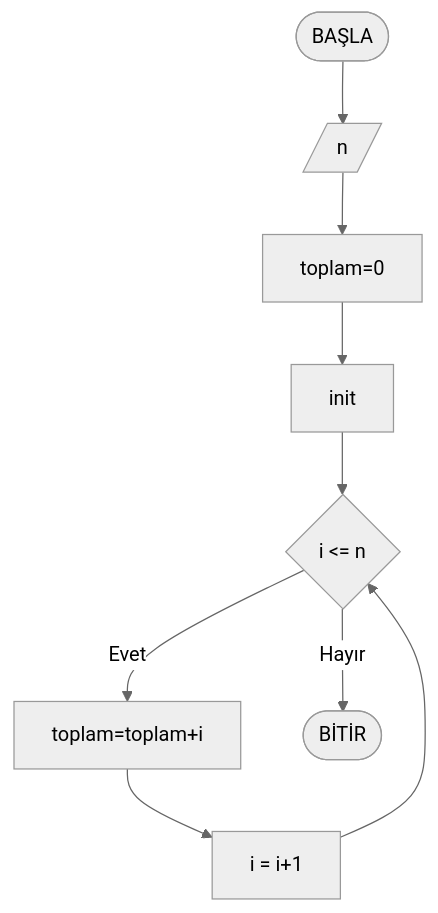
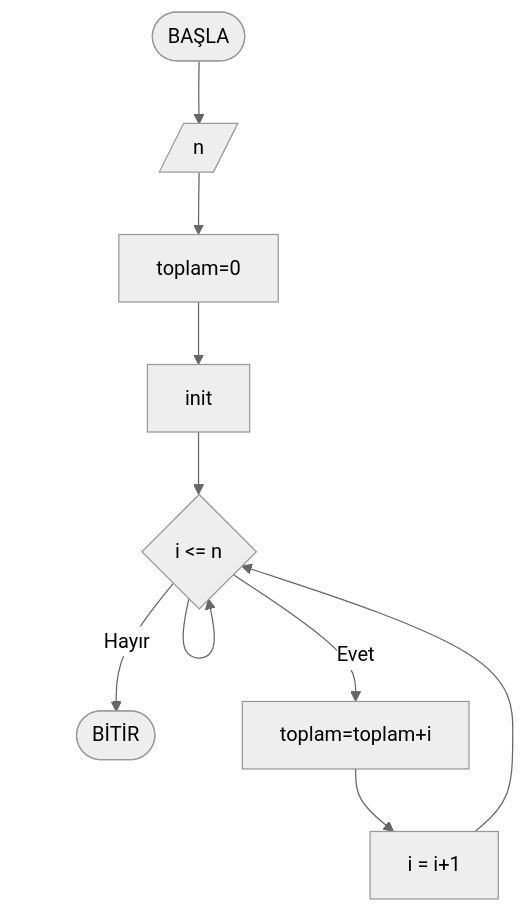
The second of 6 diagrams in Hafta03/ders_icerik.md (ibrahimayaz/Algoritma-ve-Programlamaya-Giris-2025), drawn with Mermaid (neutral theme) before and after one commit.

Commit message:
Hafta03 guncellendi

````diff
--- a/Hafta03/ders_icerik.md
+++ b/Hafta03/ders_icerik.md
@@ -370,8 +370,8 @@
 ```mermaid
 flowchart TD
   start([BAŞLA]) --> inNum[/n/] -->
   toplamm[toplam=0] -->
-  init --> loop{i <= n}
+  init --> loop{i <= n} -->
   loop -- Evet --> toplam[toplam=toplam+i] --> inc[i = i+1] --> loop
   loop -- Hayır --> endNode([BİTİR])
 ```
````
